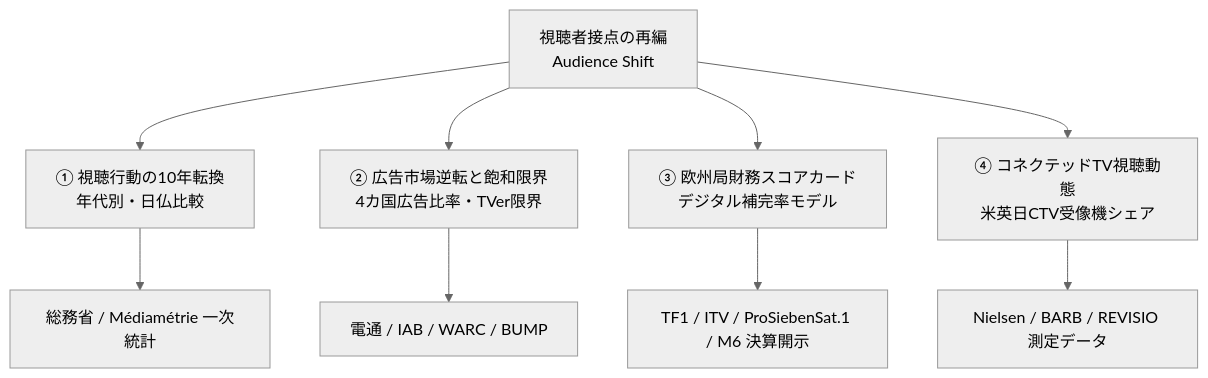
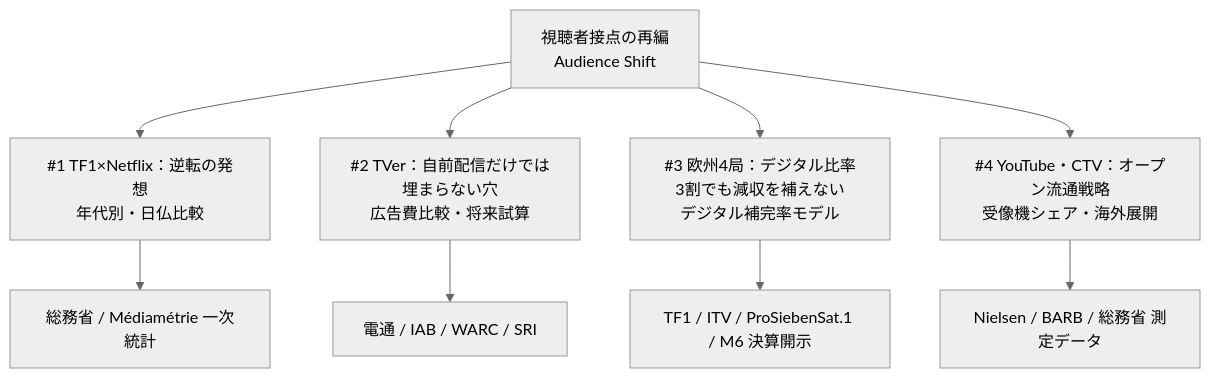
Before and after one commit to naohisastry/broadcaster-audience-shift-dashboard: the diagram in METHODOLOGY.md, drawn with Mermaid (neutral theme). The commit also changed other lines of this file and 13 other files, not shown here.

````diff
--- a/METHODOLOGY.md
+++ b/METHODOLOGY.md
@@ -12,12 +12,12 @@
 ```mermaid
 graph TD
-    A[視聴者接点の再編<br/>Audience Shift] --> B[① 視聴行動の10年転換<br/>年代別・日仏比較]
-    A --> C[② 広告市場逆転と飽和限界<br/>4カ国広告比率・TVer限界]
-    A --> D[③ 欧州局財務スコアカード<br/>デジタル補完率モデル]
-    A --> E[④ コネクテッドTV視聴動態<br/>米英日CTV受像機シェア]
+    A[視聴者接点の再編<br/>Audience Shift] --> B[#1 TF1×Netflix：逆転の発想<br/>年代別・日仏比較]
+    A --> C[#2 TVer：自前配信だけでは埋まらない穴<br/>広告費比較・将来試算]
+    A --> D[#3 欧州4局：デジタル比率3割でも減収を補えない<br/>デジタル補完率モデル]
+    A --> E[#4 YouTube・CTV：オープン流通戦略<br/>受像機シェア・海外展開]
     
     B --> F[総務省 / Médiamétrie 一次統計]
-    C --> G[電通 / IAB / WARC / BUMP]
+    C --> G[電通 / IAB / WARC / SRI]
     D --> H[TF1 / ITV / ProSiebenSat.1 / M6 決算開示]
-    E --> I[Nielsen / BARB / REVISIO 測定データ]
+    E --> I[Nielsen / BARB / 総務省 測定データ]
 ```
````
